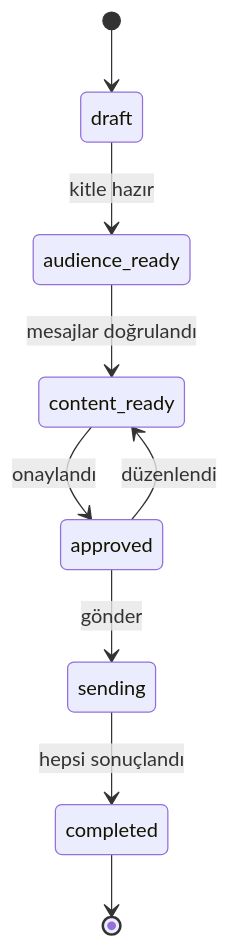
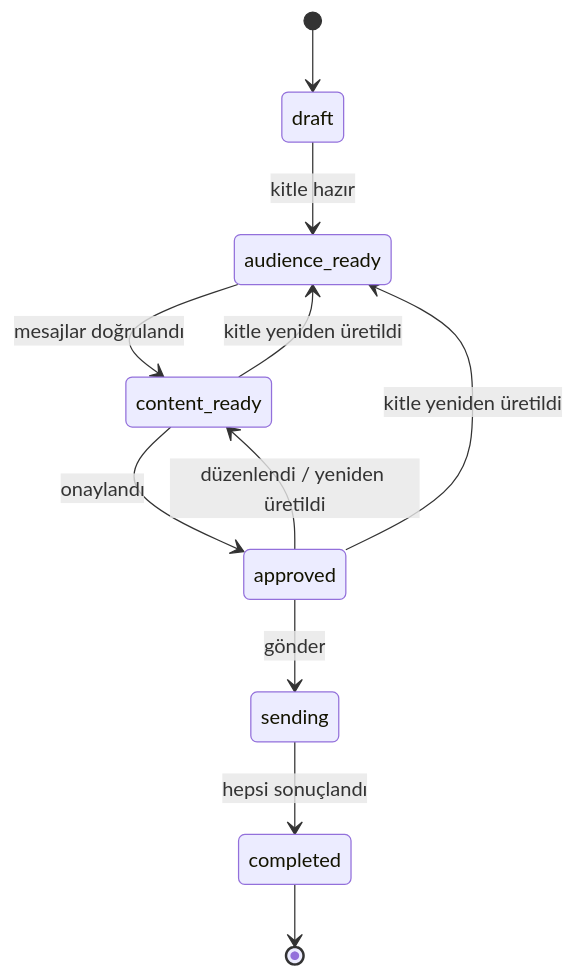
The second of 3 diagrams in README.md (gulcint/smart-campaign-composer), drawn with Mermaid before and after one commit. The commit also changed other lines of this file, not shown here.

````diff
--- a/README.md
+++ b/README.md
@@ -51,11 +58,13 @@
 ```mermaid
 stateDiagram-v2
   [*] --> draft
   draft --> audience_ready: kitle hazır
   audience_ready --> content_ready: mesajlar doğrulandı
   content_ready --> approved: onaylandı
-  approved --> content_ready: düzenlendi
+  approved --> content_ready: düzenlendi / yeniden üretildi
+  content_ready --> audience_ready: kitle yeniden üretildi
+  approved --> audience_ready: kitle yeniden üretildi
   approved --> sending: gönder
   sending --> completed: hepsi sonuçlandı
   completed --> [*]
 ```
````
